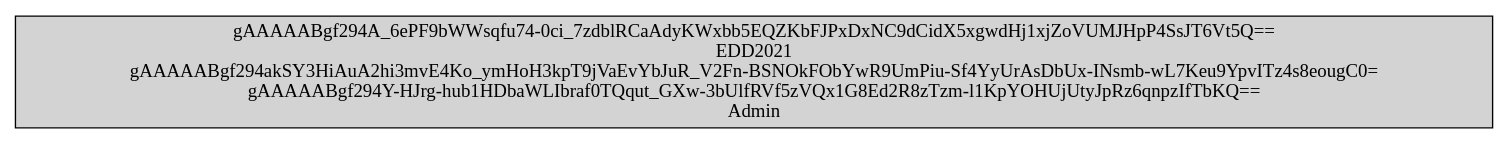
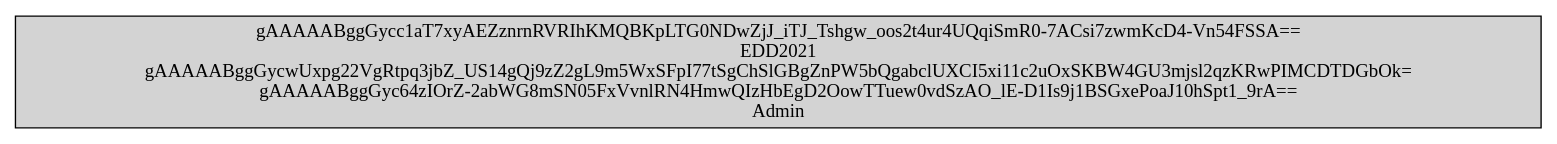
Before and after one commit to Villa01/EDD_VirtualMall_201900907: the diagram in Backend/reportesDot/ArbolBEncriptadoSensible.dot, drawn with Graphviz. The commit also changed 9 other files, not shown here.

```diff
--- a/Backend/reportesDot/ArbolBEncriptadoSensible.dot
+++ b/Backend/reportesDot/ArbolBEncriptadoSensible.dot
@@ -1,5 +1,5 @@
 digraph grafo { 
 	node[shape="record" style="filled" fillcollor="#58D27A"]
-nodo12345678901011[label = "gAAAAABgf294A_6ePF9bWWsqfu74-0ci_7zdblRCaAdyKWxbb5EQZKbFJPxDxNC9dCidX5xgwdHj1xjZoVUMJHpP4SsJT6Vt5Q==\nEDD2021\ngAAAAABgf294akSY3HiAuA2hi3mvE4Ko_ymHoH3kpT9jVaEvYbJuR_V2Fn-BSNOkFObYwR9UmPiu-Sf4YyUrAsDbUx-INsmb-wL7Keu9YpvITz4s8eougC0=\ngAAAAABgf294Y-HJrg-hub1HDbaWLIbraf0TQqut_GXw-3bUlfRVf5zVQx1G8Ed2R8zTzm-l1KpYOHUjUtyJpRz6qnpzIfTbKQ==\nAdmin"];
+nodo12345678901011[label = "gAAAAABggGycc1aT7xyAEZznrnRVRIhKMQBKpLTG0NDwZjJ_iTJ_Tshgw_oos2t4ur4UQqiSmR0-7ACsi7zwmKcD4-Vn54FSSA==\nEDD2021\ngAAAAABggGycwUxpg22VgRtpq3jbZ_US14gQj9zZ2gL9m5WxSFpI77tSgChSlGBgZnPW5bQgabclUXCI5xi11c2uOxSKBW4GU3mjsl2qzKRwPIMCDTDGbOk=\ngAAAAABggGyc64zIOrZ-2abWG8mSN05FxVvnlRN4HmwQIzHbEgD2OowTTuew0vdSzAO_lE-D1Is9j1BSGxePoaJ10hSpt1_9rA==\nAdmin"];
 
 }
```
